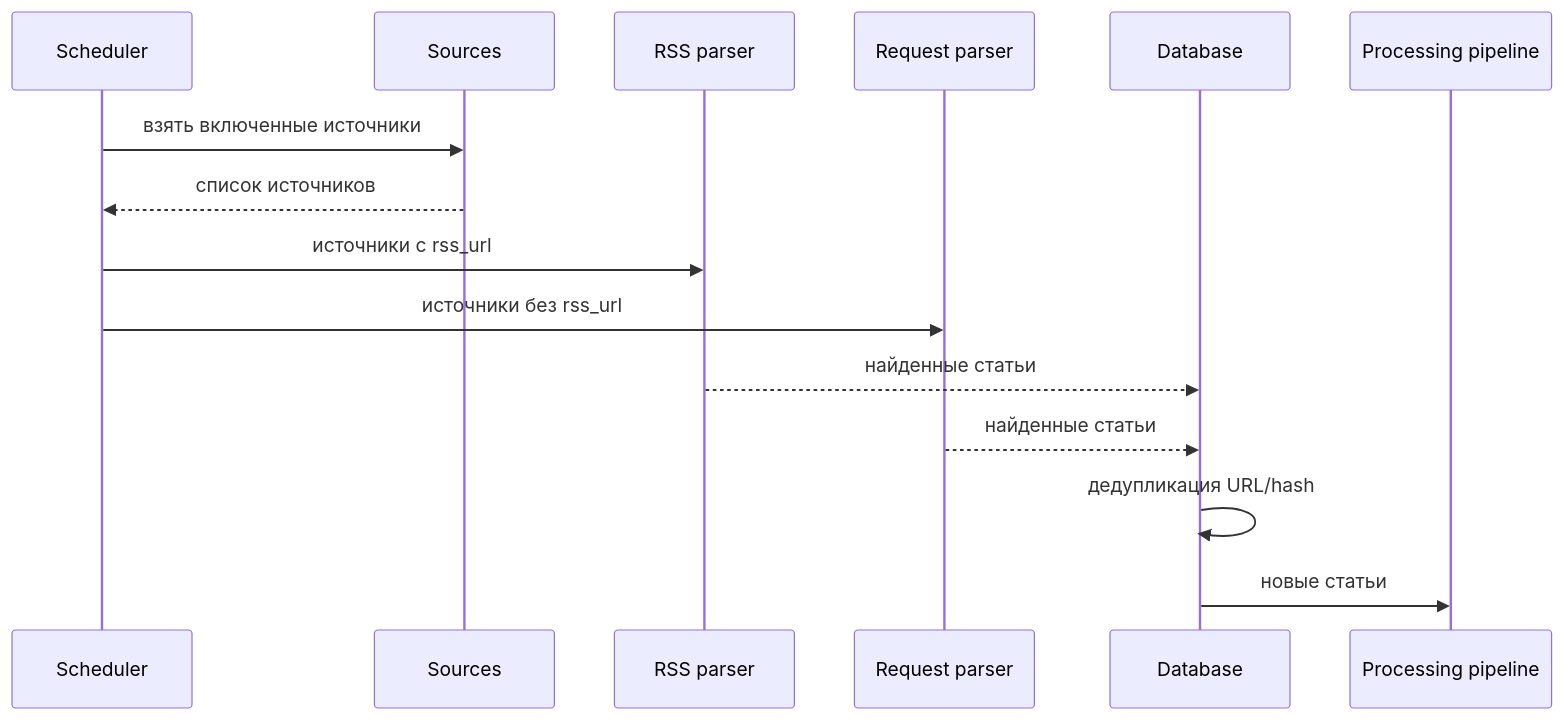
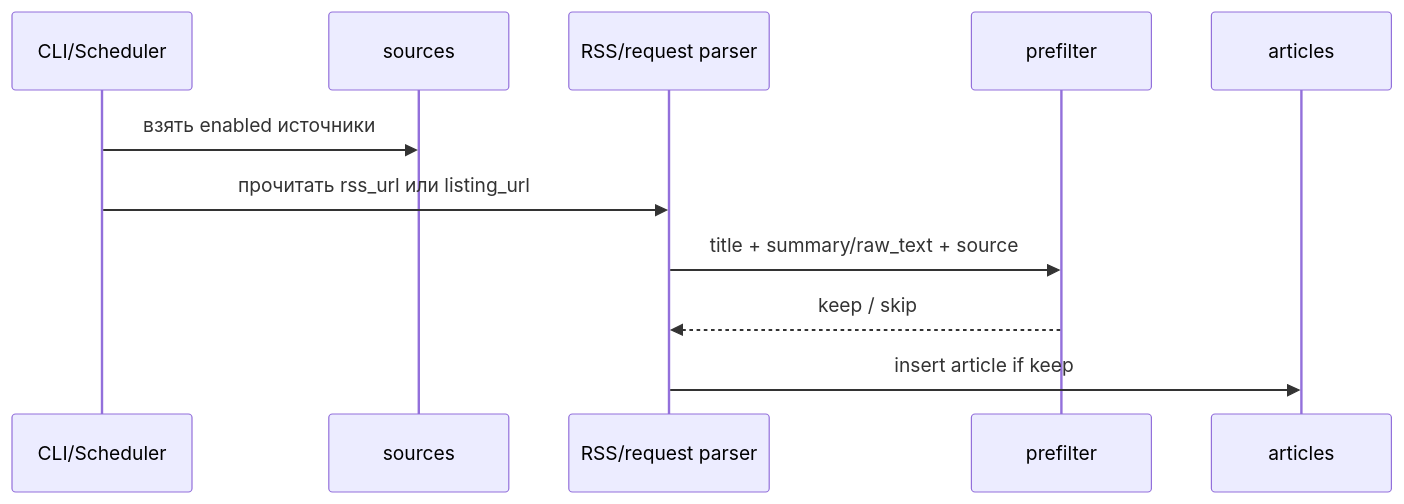
One commit to electromop/oiltech-digest changed the second of 3 diagrams in docs/architecture.md. Above: the diagram before and after it, drawn with Mermaid. The commit also changed other lines of this file and 31 other files, not shown here.

````diff
--- a/docs/architecture.md
+++ b/docs/architecture.md
@@ -120,18 +115,14 @@
 ```mermaid
 sequenceDiagram
-  participant SCH as Scheduler
-  participant SRC as Sources
-  participant RSS as RSS parser
-  participant WEB as Request parser
-  participant DB as Database
-  participant PIPE as Processing pipeline
+  participant CLI as CLI/Scheduler
+  participant SRC as sources
+  participant RSS as RSS/request parser
+  participant FIL as prefilter
+  participant DB as articles
 
-  SCH->>SRC: взять включенные источники
-  SRC-->>SCH: список источников
-  SCH->>RSS: источники с rss_url
-  SCH->>WEB: источники без rss_url
-  RSS-->>DB: найденные статьи
-  WEB-->>DB: найденные статьи
-  DB->>DB: дедупликация URL/hash
-  DB->>PIPE: новые статьи
+  CLI->>SRC: взять enabled источники
+  CLI->>RSS: прочитать rss_url или listing_url
+  RSS->>FIL: title + summary/raw_text + source
+  FIL-->>RSS: keep / skip
+  RSS->>DB: insert article if keep
 ```
````
